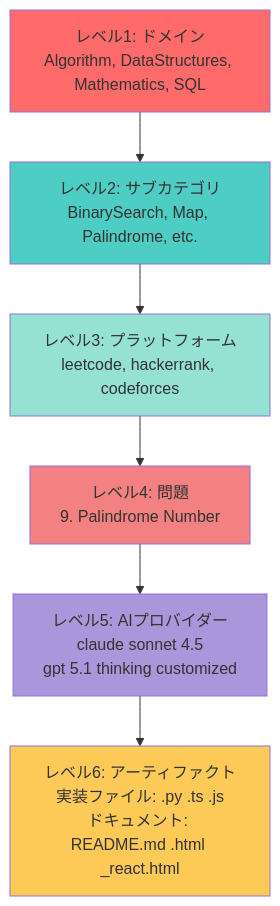
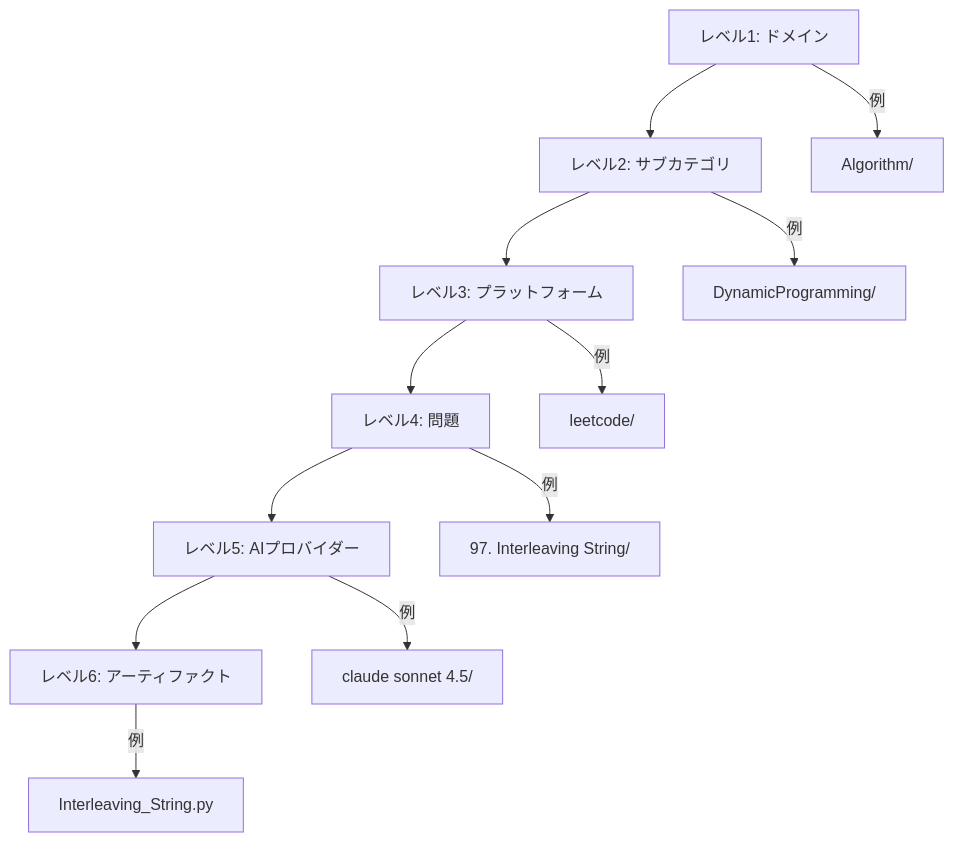
Before and after one commit to myoshi2891/Algorithm-DataStructures-Math-SQL: the sixth of 12 diagrams in README.md, drawn with Mermaid. The commit also changed other lines of this file, not shown here.

````diff
--- a/README.md
+++ b/README.md
@@ -257,15 +311,15 @@
 ```mermaid
-graph TB
-    L1[レベル1: ドメイン<br/>Algorithm, DataStructures, Mathematics, SQL] --> L2[レベル2: サブカテゴリ<br/>BinarySearch, Map, Palindrome, etc.]
-    L2 --> L3[レベル3: プラットフォーム<br/>leetcode, hackerrank, codeforces]
-    L3 --> L4[レベル4: 問題<br/>9. Palindrome Number]
-    L4 --> L5[レベル5: AIプロバイダー<br/>claude sonnet 4.5<br/>gpt 5.1 thinking customized]
-    L5 --> L6[レベル6: アーティファクト<br/>実装ファイル: .py .ts .js<br/>ドキュメント: README.md .html _react.html]
+graph TD
+    L1[レベル1: ドメイン] --> L2[レベル2: サブカテゴリ]
+    L2 --> L3[レベル3: プラットフォーム]
+    L3 --> L4[レベル4: 問題]
+    L4 --> L5[レベル5: AIプロバイダー]
+    L5 --> L6[レベル6: アーティファクト]
     
-    style L1 fill:#ff6b6b
-    style L2 fill:#4ecdc4
-    style L3 fill:#95e1d3
-    style L4 fill:#f38181
-    style L5 fill:#aa96da
-    style L6 fill:#feca57
+    L1 -->|例| D1[Algorithm/]
+    L2 -->|例| D2[DynamicProgramming/]
+    L3 -->|例| D3[leetcode/]
+    L4 -->|例| D4[97. Interleaving String/]
+    L5 -->|例| D5[claude sonnet 4.5/]
+    L6 -->|例| D6[Interleaving_String.py]
 ```
````
